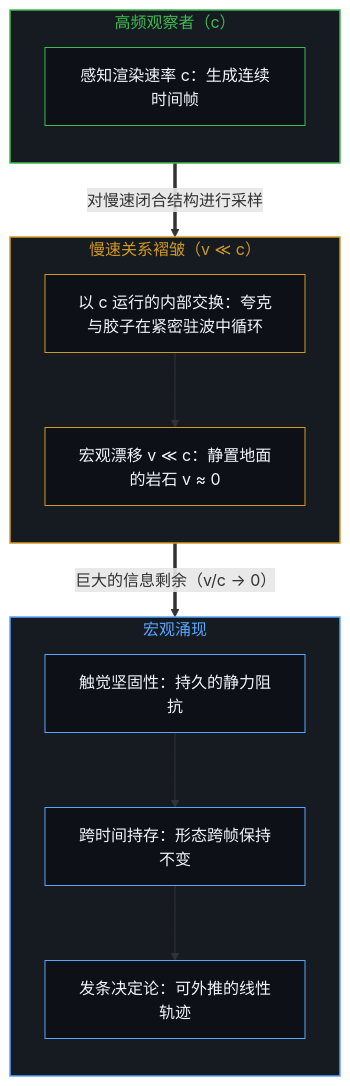
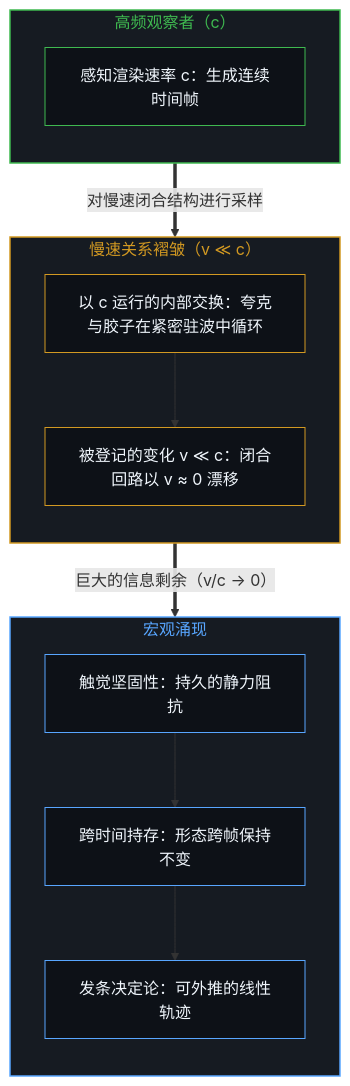
Before and after one commit to powerpig99/not-a-toe: the fifth of 10 diagrams in content/posts/the-velocity-of-visibility.md, drawn with Mermaid. The commit also changed other lines of this file and 27 other files, not shown here.

````diff
--- a/content/posts/the-velocity-of-visibility.md
+++ b/content/posts/the-velocity-of-visibility.md
@@ -131,31 +131,31 @@
 ```mermaid
 flowchart TD
     subgraph S_FastMind["高频观察者（c）"]
         direction TB
         MindClock["感知渲染速率 c：生成连续时间帧"]
     end
     subgraph S_SlowMatter["慢速关系褶皱（v ≪ c）"]
         direction TB
         InternalSpin["以 c 运行的内部交换：夸克与胶子在紧密驻波中循环"]
-        MacroMotion["宏观漂移 v ≪ c：静置地面的岩石 v ≈ 0"]
+        MacroMotion["被登记的变化 v ≪ c：闭合回路以 v ≈ 0 漂移"]
         InternalSpin --> MacroMotion
     end
     subgraph S_Projection["宏观涌现"]
         direction TB
         Solidity["触觉坚固性：持久的静力阻抗"]
         Permanence["跨时间持存：形态跨帧保持不变"]
         Determinism["发条决定论：可外推的线性轨迹"]
         Solidity --> Permanence --> Determinism
     end
     MindClock ==>|"对慢速闭合结构进行采样"| InternalSpin
     MacroMotion ==>|"巨大的信息剩余（v/c → 0）"| Solidity
     style S_FastMind fill:#161b22,stroke:#3fb950,stroke-width:1.5px,color:#3fb950
     style S_SlowMatter fill:#161b22,stroke:#d29922,stroke-width:1.5px,color:#d29922
     style S_Projection fill:#161b22,stroke:#58a6ff,stroke-width:1.5px,color:#58a6ff
     style MindClock fill:#0d1117,stroke:#3fb950,stroke-width:1px,color:#f0f6fc
     style InternalSpin fill:#0d1117,stroke:#d29922,stroke-width:1px,color:#f0f6fc
     style MacroMotion fill:#0d1117,stroke:#d29922,stroke-width:1px,color:#f0f6fc
     style Solidity fill:#0d1117,stroke:#58a6ff,stroke-width:1px,color:#f0f6fc
     style Permanence fill:#0d1117,stroke:#58a6ff,stroke-width:1px,color:#f0f6fc
     style Determinism fill:#0d1117,stroke:#58a6ff,stroke-width:1px,color:#f0f6fc
 ```
````
